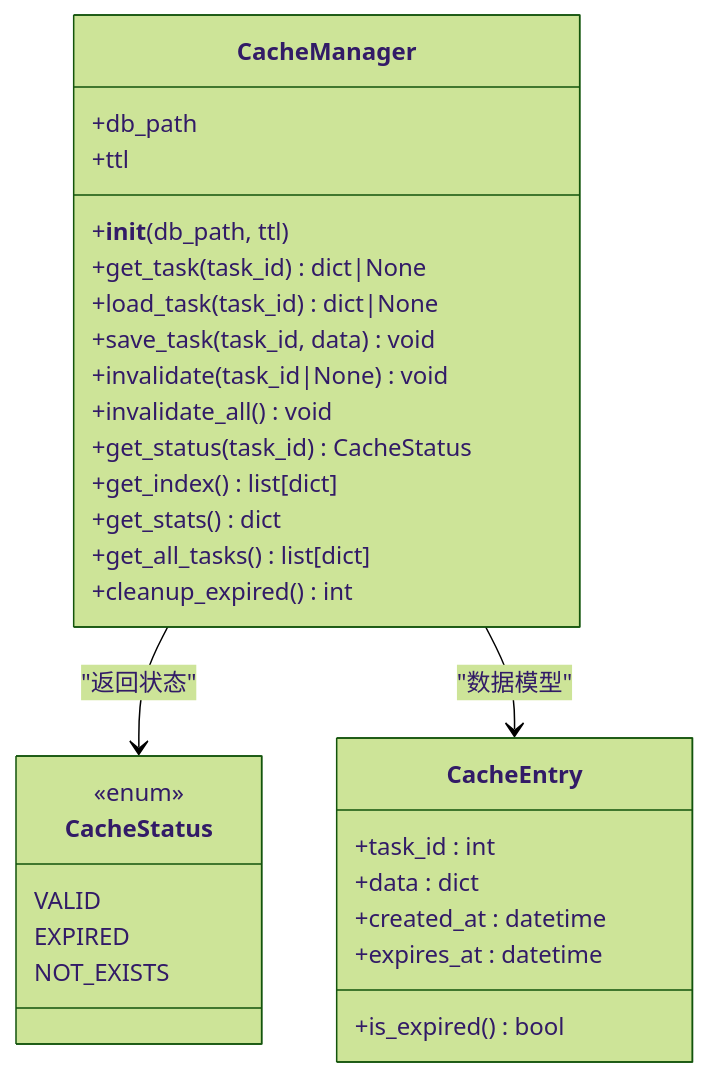
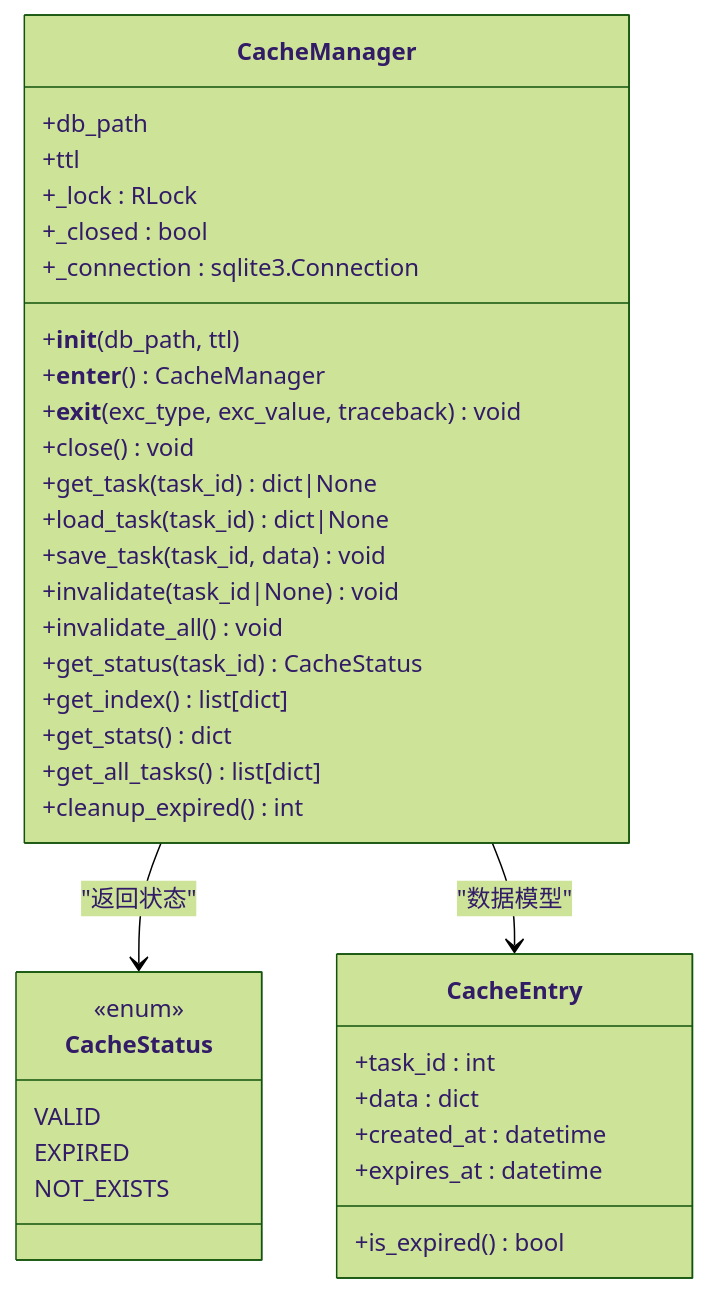
One commit to boyingliu01/fault-review-analyzer changed the third of 8 diagrams in .qoder/repowiki/zh/content/存储管理系统/缓存管理系统.md. Above: the diagram before and after it, drawn with Mermaid (forest theme). The commit also changed other lines of this file and 123 other files, not shown here.

````diff
--- a/.qoder/repowiki/zh/content/存储管理系统/缓存管理系统.md
+++ b/.qoder/repowiki/zh/content/存储管理系统/缓存管理系统.md
@@ -172,33 +187,39 @@
 ```mermaid
 classDiagram
 class CacheManager {
 +db_path
 +ttl
++_lock : RLock
++_closed : bool
++_connection : sqlite3.Connection
 +__init__(db_path, ttl)
++__enter__() CacheManager
++__exit__(exc_type, exc_value, traceback) void
++close() void
 +get_task(task_id) dict|None
 +load_task(task_id) dict|None
 +save_task(task_id, data) void
 +invalidate(task_id|None) void
 +invalidate_all() void
 +get_status(task_id) CacheStatus
 +get_index() list[dict]
 +get_stats() dict
 +get_all_tasks() list[dict]
 +cleanup_expired() int
 }
 class CacheEntry {
 +task_id : int
 +data : dict
 +created_at : datetime
 +expires_at : datetime
 +is_expired() bool
 }
 class CacheStatus {
 <<enum>>
 VALID
 EXPIRED
 NOT_EXISTS
 }
 CacheManager --> CacheStatus : "返回状态"
 CacheManager --> CacheEntry : "数据模型"
 ```
````
